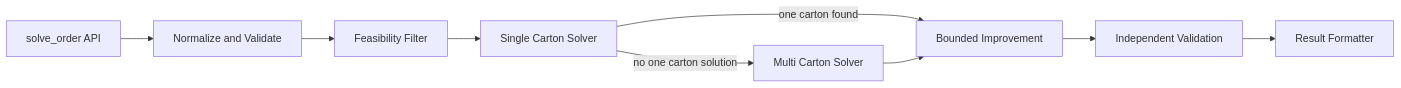
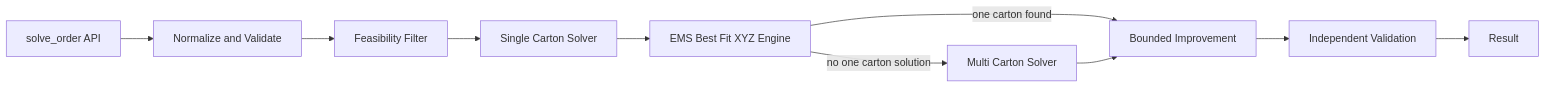
One commit to Voycepeh/ihubsolutions-capstone-project changed the diagram in src/PRODUCT_SPEC.md. Above: the diagram before and after it, drawn with Mermaid. The commit also changed other lines of this file, not shown here.

Commit message:
Specify EMS best-fit placement engine

````diff
--- a/src/PRODUCT_SPEC.md
+++ b/src/PRODUCT_SPEC.md
@@ -94,16 +125,18 @@
 ```mermaid
 flowchart LR
     A[solve_order API]
     B[Normalize and Validate]
     C[Feasibility Filter]
     D[Single Carton Solver]
-    E[Multi Carton Solver]
-    F[Bounded Improvement]
-    G[Independent Validation]
-    H[Result Formatter]
+    E[EMS Best Fit XYZ Engine]
+    F[Multi Carton Solver]
+    G[Bounded Improvement]
+    H[Independent Validation]
+    I[Result]
 
     A --> B --> C --> D
-    D -->|one carton found| F
-    D -->|no one carton solution| E --> F
-    F --> G --> H
+    D --> E
+    E -->|one carton found| G
+    E -->|no one carton solution| F --> G
+    G --> H --> I
 ```
````
